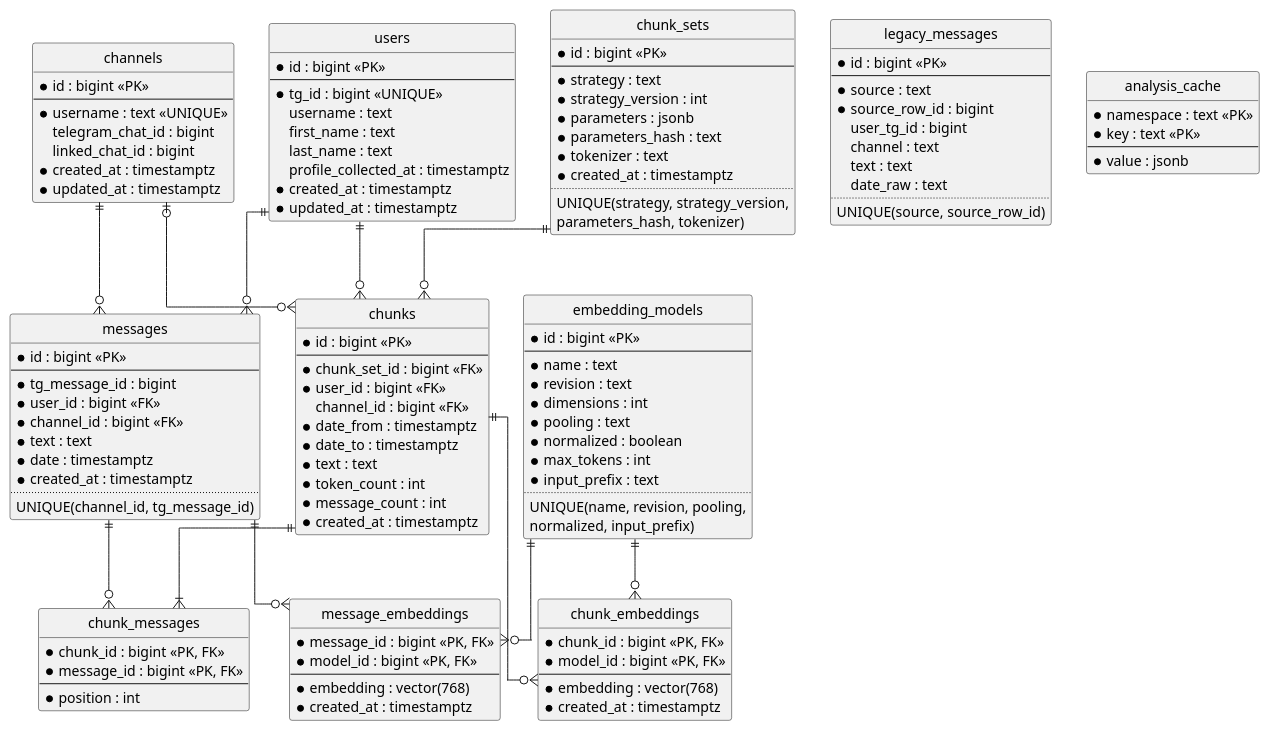
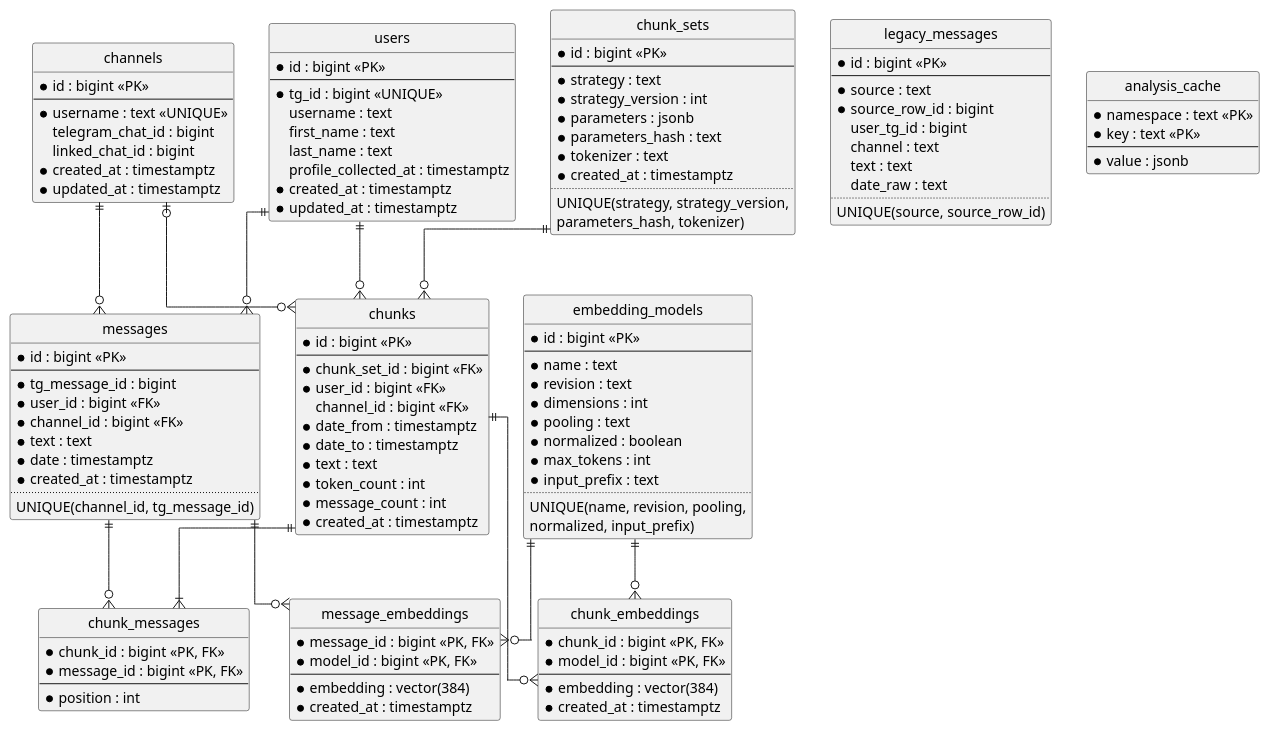
Before and after one commit to megannnn98/tg-parser: the first of 2 diagrams in docs/postgresql-migration.md, drawn with PlantUML. The commit also changed other lines of this file and 7 other files, not shown here.

```diff
--- a/docs/postgresql-migration.md
+++ b/docs/postgresql-migration.md
@@ -157,7 +157,7 @@
   * message_id : bigint <<PK, FK>>
   * model_id : bigint <<PK, FK>>
   --
-  * embedding : vector(768)
+  * embedding : vector(384)
   * created_at : timestamptz
 }
 
@@ -165,7 +165,7 @@
   * chunk_id : bigint <<PK, FK>>
   * model_id : bigint <<PK, FK>>
   --
-  * embedding : vector(768)
+  * embedding : vector(384)
   * created_at : timestamptz
 }
 
```
